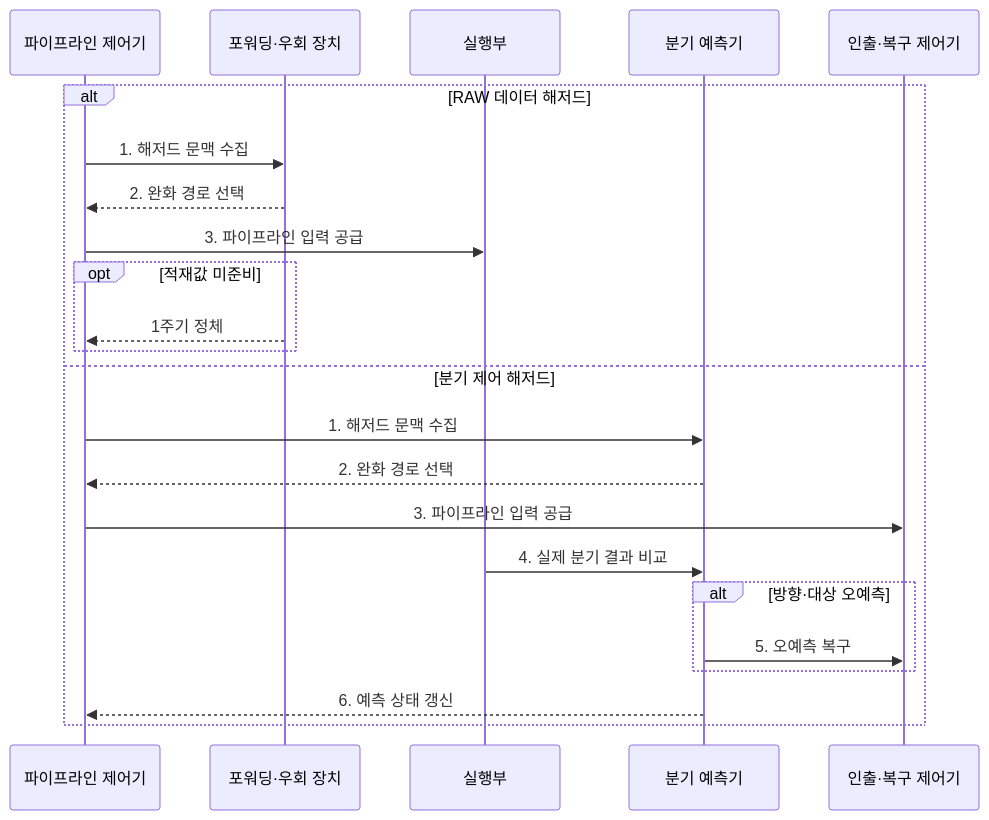
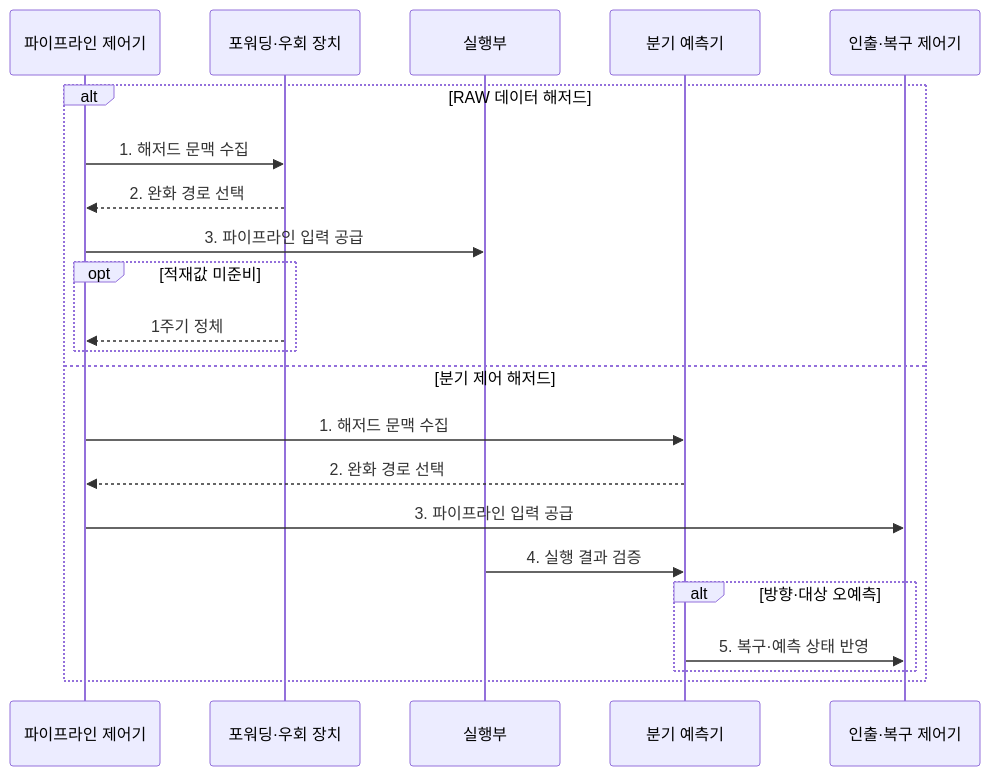
The second of 2 diagrams in src/content/docs/notes/02-hardware/008_pipeline_forwarding_branch_prediction.md (agnusdei1207/knowledge-base), drawn with Mermaid before and after one commit. The commit also changed other lines of this file and 86 other files, not shown here.

````diff
--- a/src/content/docs/notes/02-hardware/008_pipeline_forwarding_branch_prediction.md
+++ b/src/content/docs/notes/02-hardware/008_pipeline_forwarding_branch_prediction.md
@@ -87,25 +87,24 @@
 ```mermaid
 sequenceDiagram
     participant C as 파이프라인 제어기
     participant D as 포워딩·우회 장치
     participant E as 실행부
     participant B as 분기 예측기
     participant I as 인출·복구 제어기
     alt RAW 데이터 해저드
         C->>D: 1. 해저드 문맥 수집
         D-->>C: 2. 완화 경로 선택
         C->>E: 3. 파이프라인 입력 공급
         opt 적재값 미준비
             D-->>C: 1주기 정체
         end
     else 분기 제어 해저드
         C->>B: 1. 해저드 문맥 수집
         B-->>C: 2. 완화 경로 선택
         C->>I: 3. 파이프라인 입력 공급
-        E->>B: 4. 실제 분기 결과 비교
+        E->>B: 4. 실행 결과 검증
         alt 방향·대상 오예측
-            B->>I: 5. 오예측 복구
+            B->>I: 5. 복구·예측 상태 반영
         end
-        B-->>C: 6. 예측 상태 갱신
     end
 ```
````
